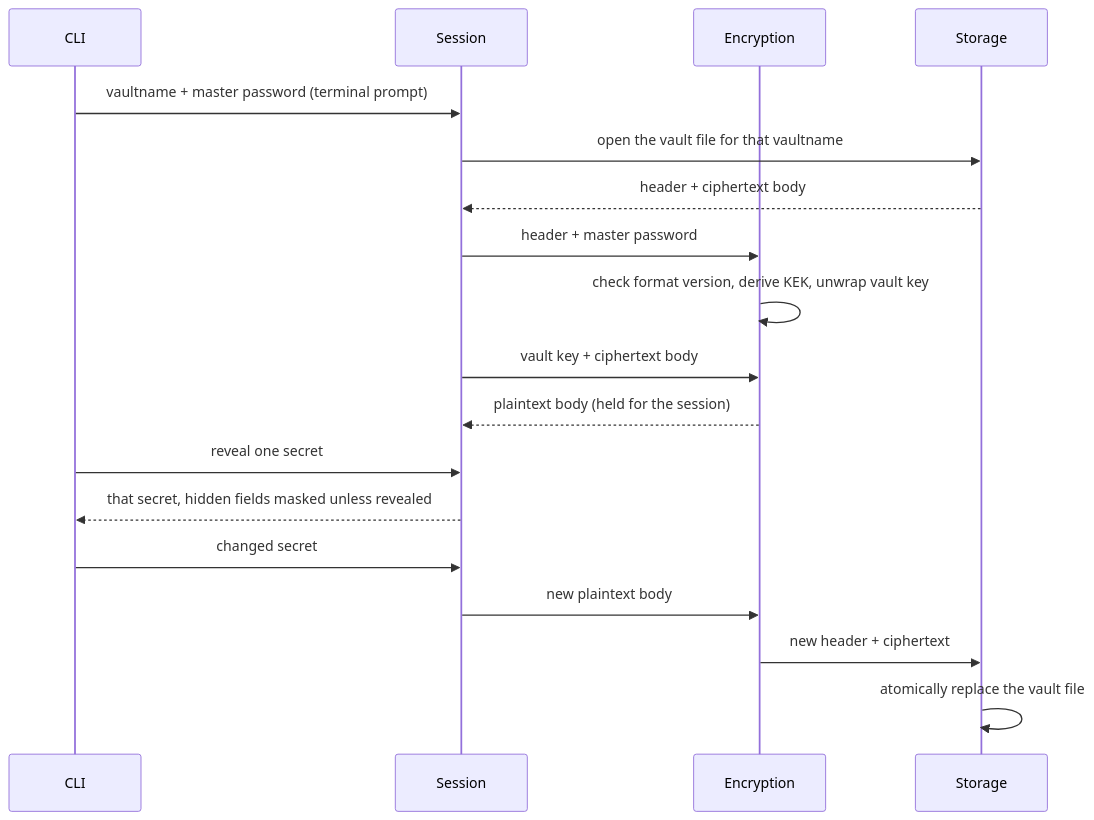
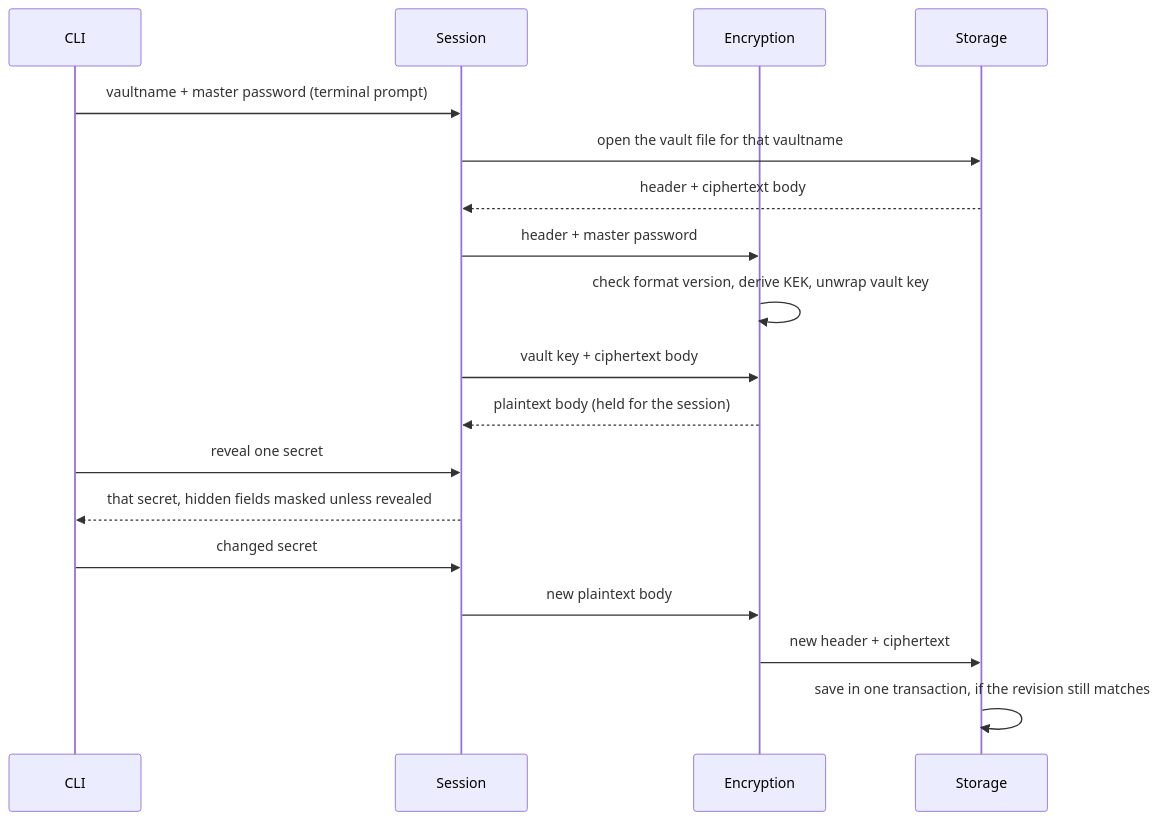
Before and after one commit to jevgeni-arefjev/secure-pass-manager: the second of 2 diagrams in secure-password-manager.md, drawn with Mermaid. The commit also changed other lines of this file and 10 other files, not shown here.

````diff
--- a/secure-password-manager.md
+++ b/secure-password-manager.md
@@ -38,20 +38,20 @@
 ```mermaid
 sequenceDiagram
   participant CLI as CLI
   participant SE as Session
   participant ENC as Encryption
   participant ST as Storage
   CLI->>SE: vaultname + master password (terminal prompt)
   SE->>ST: open the vault file for that vaultname
   ST-->>SE: header + ciphertext body
   SE->>ENC: header + master password
   ENC->>ENC: check format version, derive KEK, unwrap vault key
   SE->>ENC: vault key + ciphertext body
   ENC-->>SE: plaintext body (held for the session)
   CLI->>SE: reveal one secret
   SE-->>CLI: that secret, hidden fields masked unless revealed
   CLI->>SE: changed secret
   SE->>ENC: new plaintext body
   ENC->>ST: new header + ciphertext
-  ST->>ST: atomically replace the vault file
+  ST->>ST: save in one transaction, if the revision still matches
 ```
````
